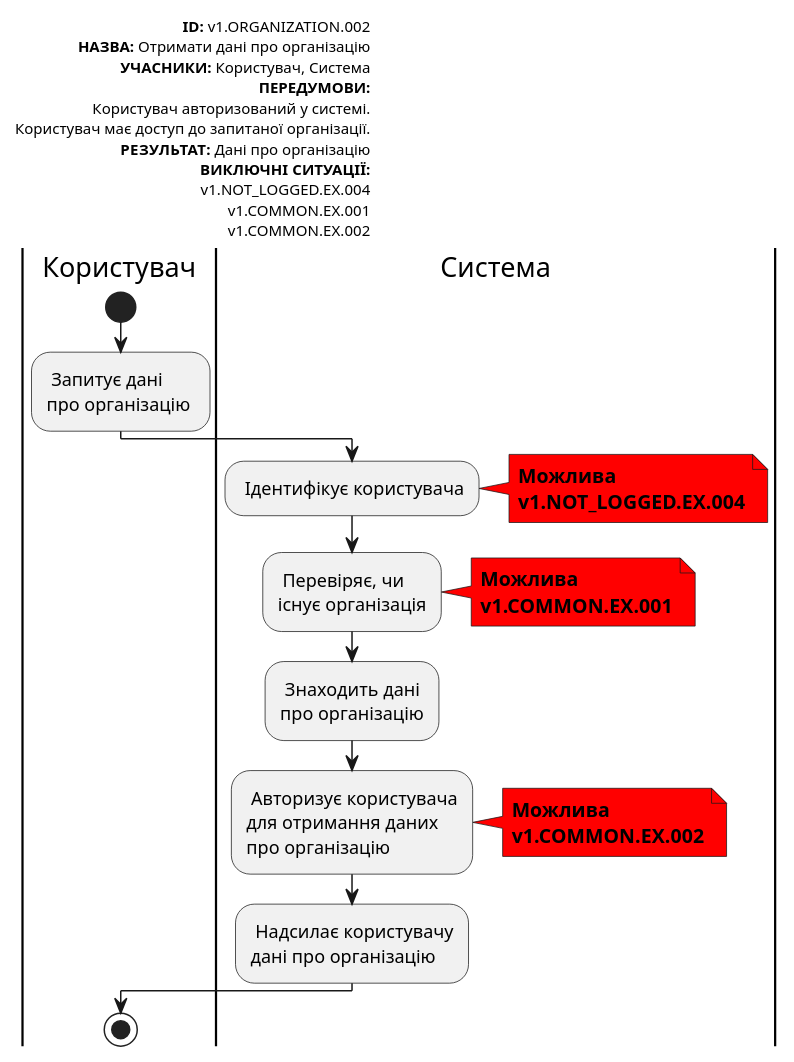
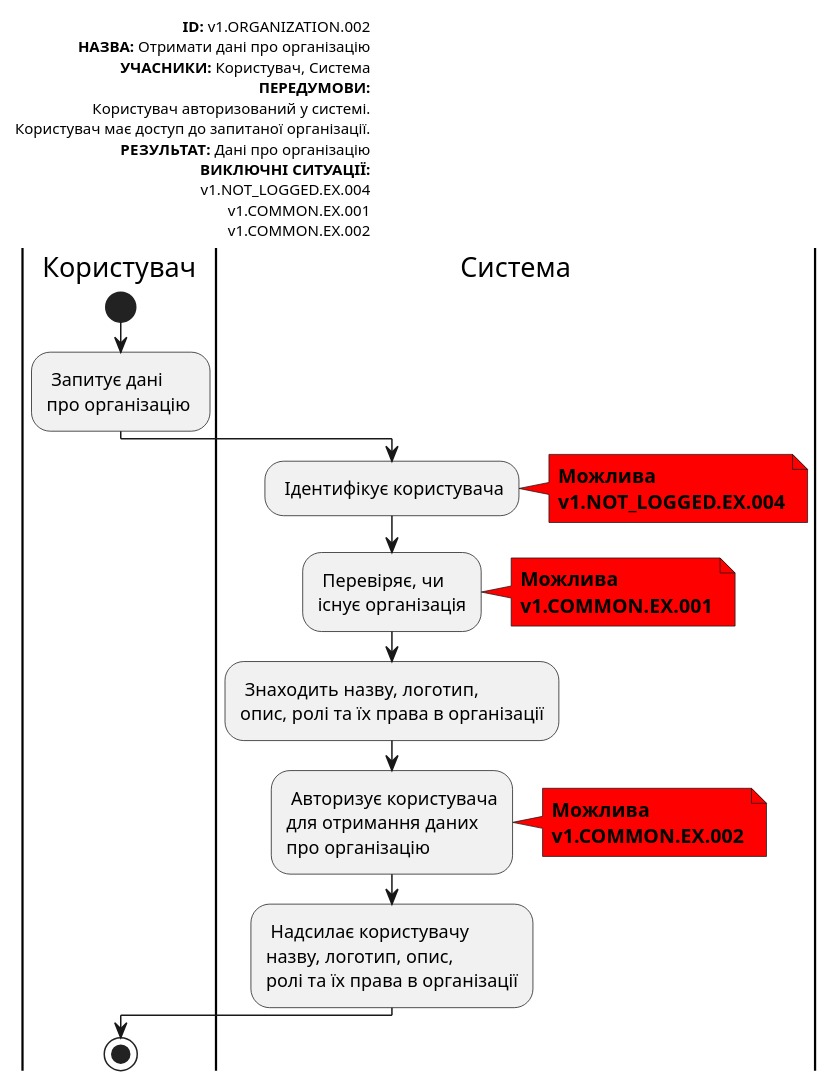
Before and after one commit to Znskiy/survey-expert: the seventh of 18 diagrams in docs/use cases/README.md, drawn with PlantUML. The commit also changed other lines of this file, not shown here.

```diff
--- a/docs/use cases/README.md
+++ b/docs/use cases/README.md
@@ -346,54 +347,55 @@
   @startuml
 
       left header
            <font color=000 size=10><b>ID:</b> v1.ORGANIZATION.002
            <font color=000 size=10><b>НАЗВА:</b> Отримати дані про організацію
            <font color=000 size=10><b>УЧАСНИКИ:</b> Користувач, Система
            <font color=000 size=10><b>ПЕРЕДУМОВИ:</b>
            <font color=000 size=10>Користувач авторизований у системі.
            <font color=000 size=10>Користувач має доступ до запитаної організації.
            <font color=000 size=10><b>РЕЗУЛЬТАТ:</b> Дані про організацію
            <font color=000 size=10><b>ВИКЛЮЧНІ СИТУАЦІЇ:</b>
            <font color=000 size=10>v1.NOT_LOGGED.EX.004
            <font color=000 size=10>v1.COMMON.EX.001
            <font color=000 size=10>v1.COMMON.EX.002
        end header
 
        |Користувач|
            start
            : Запитує дані
            про організацію ;
 
        |Система|
            : Ідентифікує користувача;
            note right #ff0000
            <b>Можлива</b>
            <b>v1.NOT_LOGGED.EX.004</b>
            end note
 
            : Перевіряє, чи
            існує організація;
 
            note right #ff0000
            <b>Можлива</b>
            <b>v1.COMMON.EX.001</b>
            end note
 
-           : Знаходить дані
-           про організацію;
+           : Знаходить назву, логотип,
+           опис, ролі та їх права в організації;
 
            : Авторизує користувача
            для отримання даних
            про організацію;
 
            note right #ff0000
            <b>Можлива</b>
            <b>v1.COMMON.EX.002</b>
            end note
 
            : Надсилає користувачу
-           дані про організацію;
+           назву, логотип, опис,
+           ролі та їх права в організації;
        |Користувач|
            stop;
 
   @enduml
```
